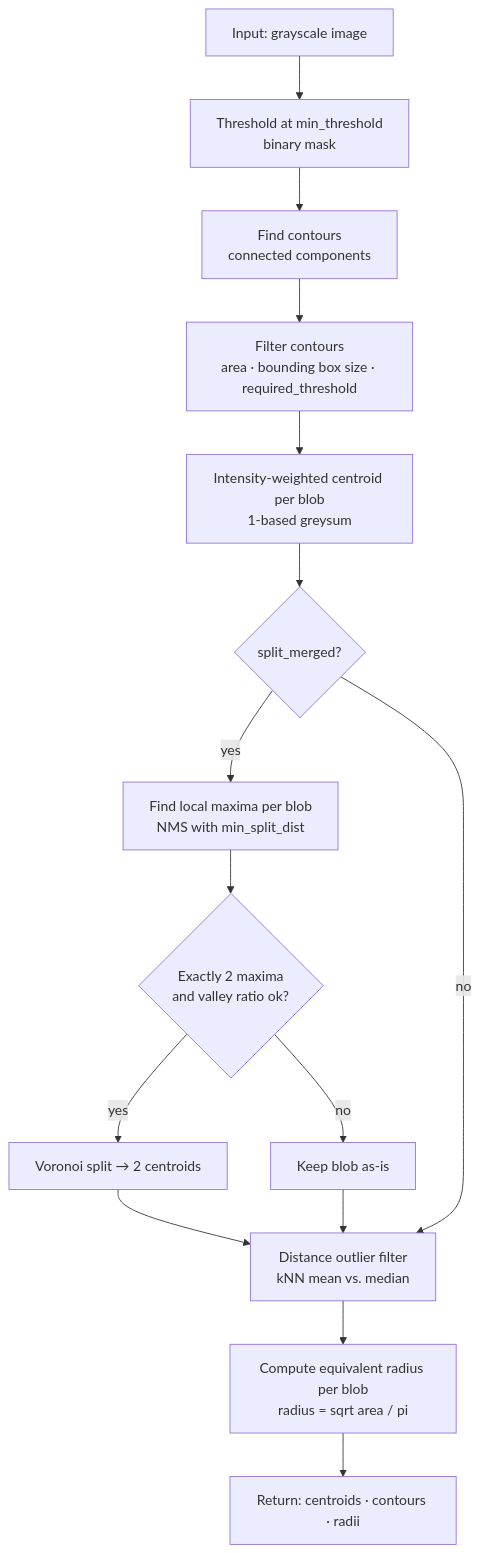
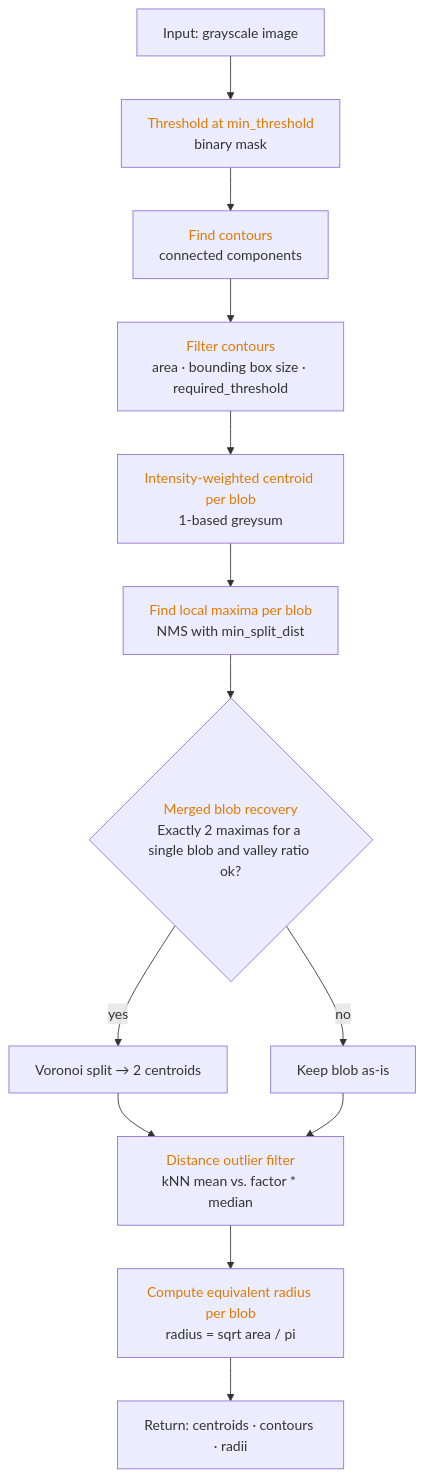
The second of 7 diagrams in algorithm_overview.md (nikitakarpuks/controller-tracker-python), drawn with Mermaid before and after one commit. The commit also changed other lines of this file and 3 other files, not shown here.

Commit message:
update docu, make merged blob recovery mandatory

````diff
--- a/algorithm_overview.md
+++ b/algorithm_overview.md
@@ -28,19 +28,16 @@
 ```mermaid
 flowchart TD
-    A[Input: grayscale image] --> B[Threshold at min_threshold\nbinary mask]
-    B --> C[Find contours\nconnected components]
-    C --> D[Filter contours\narea · bounding box size · required_threshold]
-    D --> E[Intensity-weighted centroid per blob\n1-based greysum]
-    E --> F{split_merged?}
+    A[Input: grayscale image] --> B["<font color='#e07a00'>Threshold at min_threshold</font><br/>binary mask"]
+    B --> C["<font color='#e07a00'>Find contours</font><br/>connected components"]
+    C --> D["<font color='#e07a00'>Filter contours</font><br/>area · bounding box size · required_threshold"]
+    D --> E["<font color='#e07a00'>Intensity-weighted centroid per blob</font><br/>1-based greysum"]
 
-    F -- yes --> G[Find local maxima per blob\nNMS with min_split_dist]
-    G --> H{Exactly 2 maxima\nand valley ratio ok?}
+    E --> G["<font color='#e07a00'>Find local maxima per blob</font><br/>NMS with min_split_dist"]
+    G --> H{"<font color='#e07a00'>Merged blob recovery</font><br/>Exactly 2 maximas for a \nsingle blob and valley ratio ok?"}
     H -- yes --> I[Voronoi split → 2 centroids]
     H -- no  --> J[Keep blob as-is]
-    I --> K
+    I --> K["<font color='#e07a00'>Distance outlier filter</font><br/>kNN mean vs. factor * median"]
     J --> K
-
-    F -- no --> K[Distance outlier filter\nkNN mean vs. median]
-    K --> L[Compute equivalent radius per blob\nradius = sqrt area / pi]
+    K --> L["<font color='#e07a00'>Compute equivalent radius per blob</font><br/>radius = sqrt area / pi"]
     L --> M[Return: centroids · contours · radii]
 ```
````
